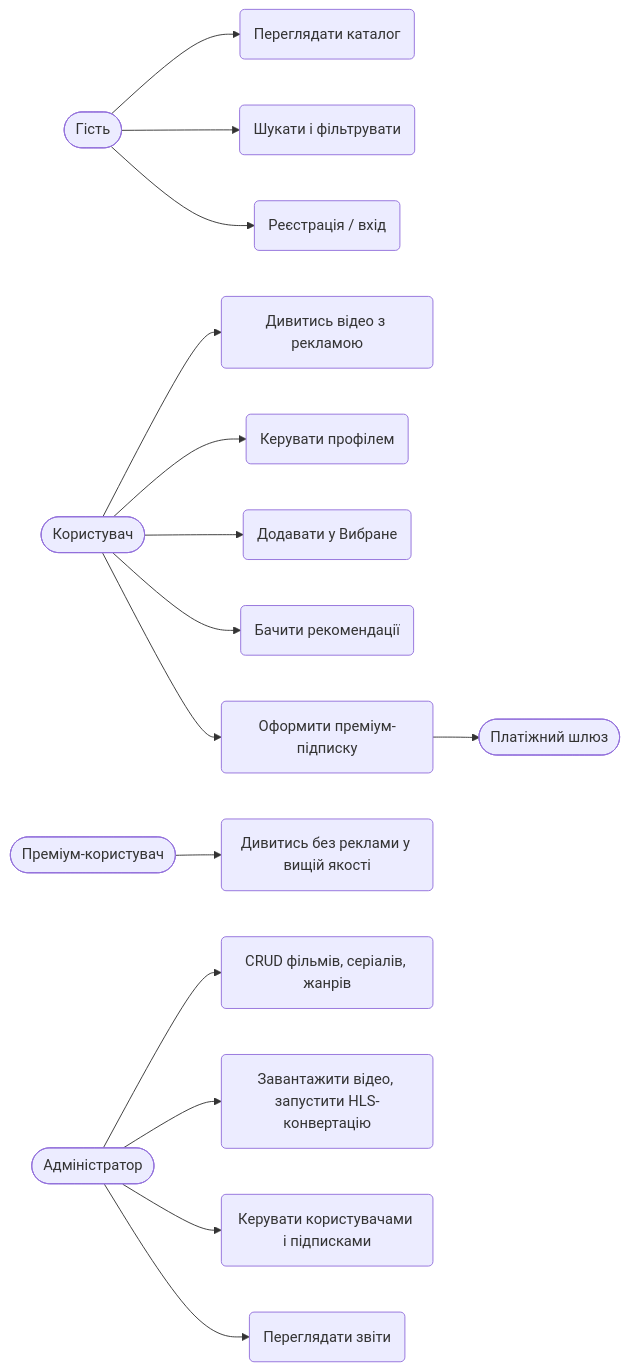
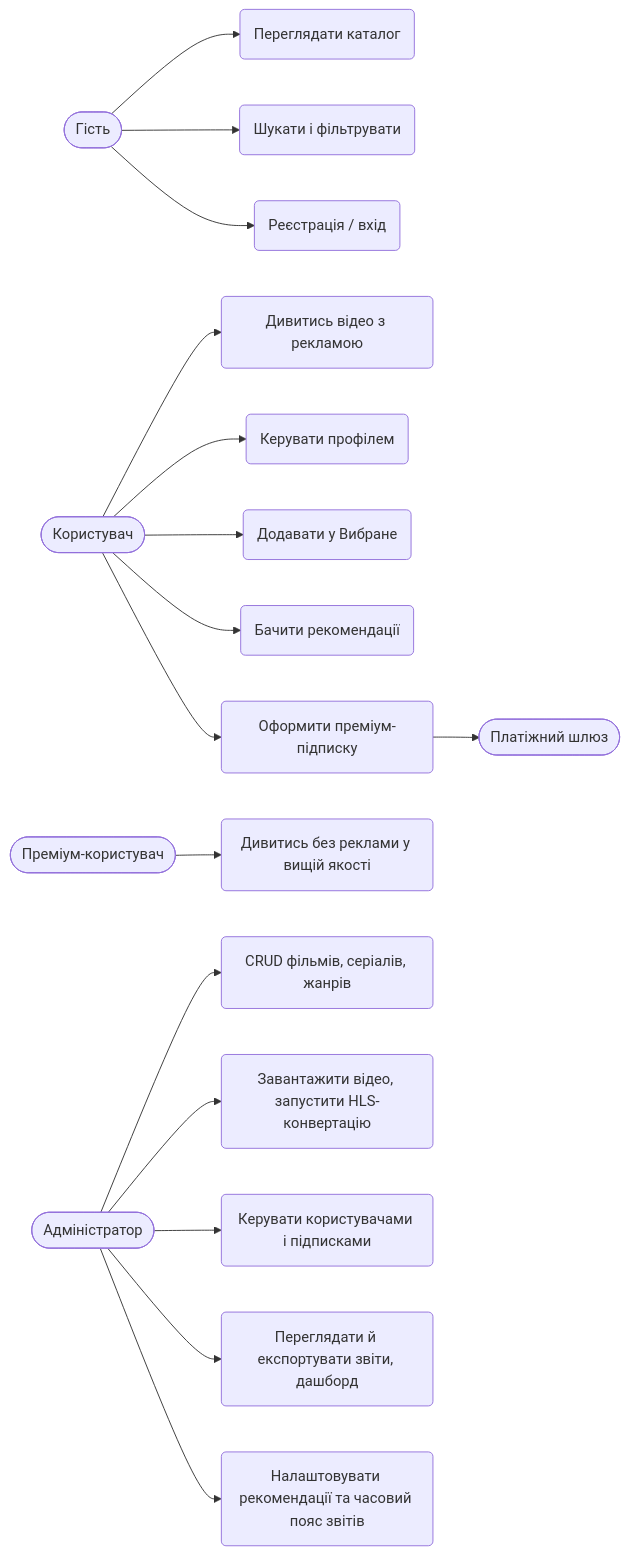
The first of 13 diagrams in docs/ARCHITECTURE.md (MatskoDanylo/Software-doc-design-coursework), drawn with Mermaid before and after one commit. The commit also changed other lines of this file, not shown here.

````diff
--- a/docs/ARCHITECTURE.md
+++ b/docs/ARCHITECTURE.md
@@ -5,23 +5,24 @@
 ```mermaid
 flowchart LR
     G([Гість])
     U([Користувач])
     P([Преміум-користувач])
     A([Адміністратор])
     PG([Платіжний шлюз])
 
     G --> UC1(Переглядати каталог)
     G --> UC2(Шукати і фільтрувати)
     G --> UC3(Реєстрація / вхід)
     U --> UC4(Дивитись відео з рекламою)
     U --> UC5(Керувати профілем)
     U --> UC6(Додавати у Вибране)
     U --> UC7(Бачити рекомендації)
     U --> UC8(Оформити преміум-підписку)
     P --> UC9(Дивитись без реклами у вищій якості)
     UC8 --> PG
     A --> UC10(CRUD фільмів, серіалів, жанрів)
     A --> UC11(Завантажити відео, запустити HLS-конвертацію)
     A --> UC12(Керувати користувачами і підписками)
-    A --> UC13(Переглядати звіти)
+    A --> UC13(Переглядати й експортувати звіти, дашборд)
+    A --> UC14(Налаштовувати рекомендації та часовий пояс звітів)
 ```
````
